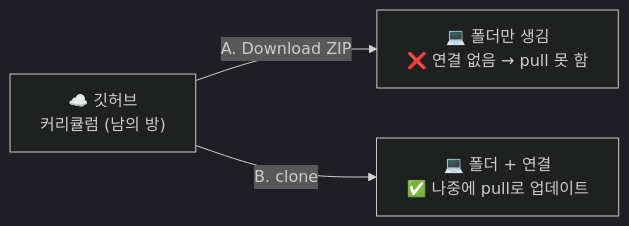
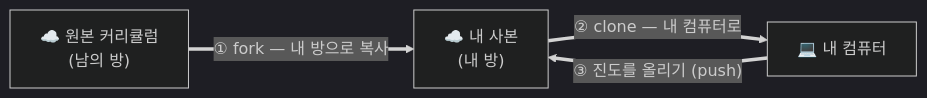
Before and after one commit to sunwon12/vibe-coding-curriculum: the fifth of 8 diagrams in 00_시작하기/03_GitHub로-체크포인트와-동기화-만들기.md, drawn with Mermaid (dark theme). The commit also changed other lines of this file and 7 other files, not shown here.

Commit message:
docs: ZIP 대신 fork로 받게 안내 변경, 코치가 진도를 학습자 fork에 올리는 규칙 추가

````diff
--- a/00_시작하기/03_GitHub로-체크포인트와-동기화-만들기.md
+++ b/00_시작하기/03_GitHub로-체크포인트와-동기화-만들기.md
@@ -195,6 +195,6 @@
 ```mermaid
 flowchart LR
-  GH["☁️ 깃허브<br/>커리큘럼 (남의 방)"]
-  GH -->|"A. Download ZIP"| Z["💻 폴더만 생김<br/>❌ 연결 없음 → pull 못 함"]
-  GH -->|"B. clone"| C["💻 폴더 + 연결<br/>✅ 나중에 pull로 업데이트"]
+  A["☁️ 원본 커리큘럼<br/>(남의 방)"] ==>|"① fork — 내 방으로 복사"| B["☁️ 내 사본<br/>(내 방)"]
+  B ==>|"② clone — 내 컴퓨터로"| C["💻 내 컴퓨터"]
+  C ==>|"③ 진도를 올리기 (push)"| B
 ```
````
